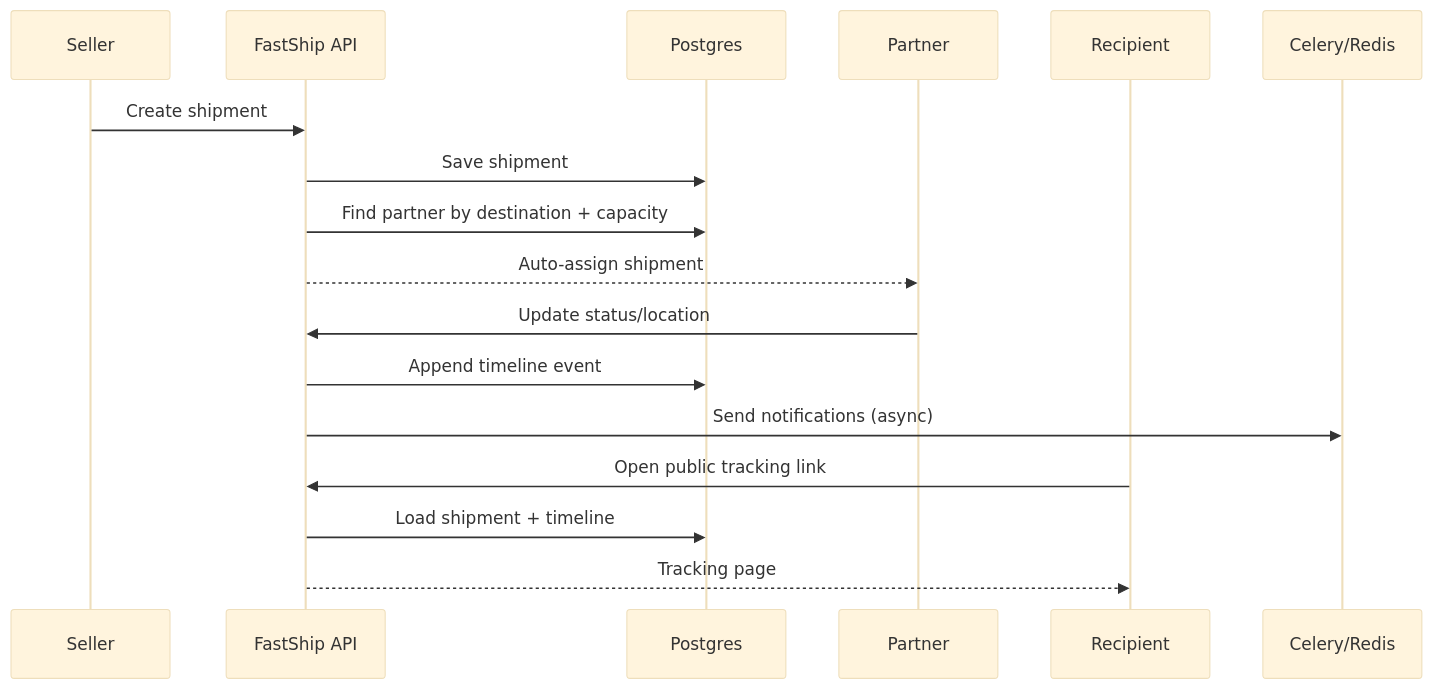
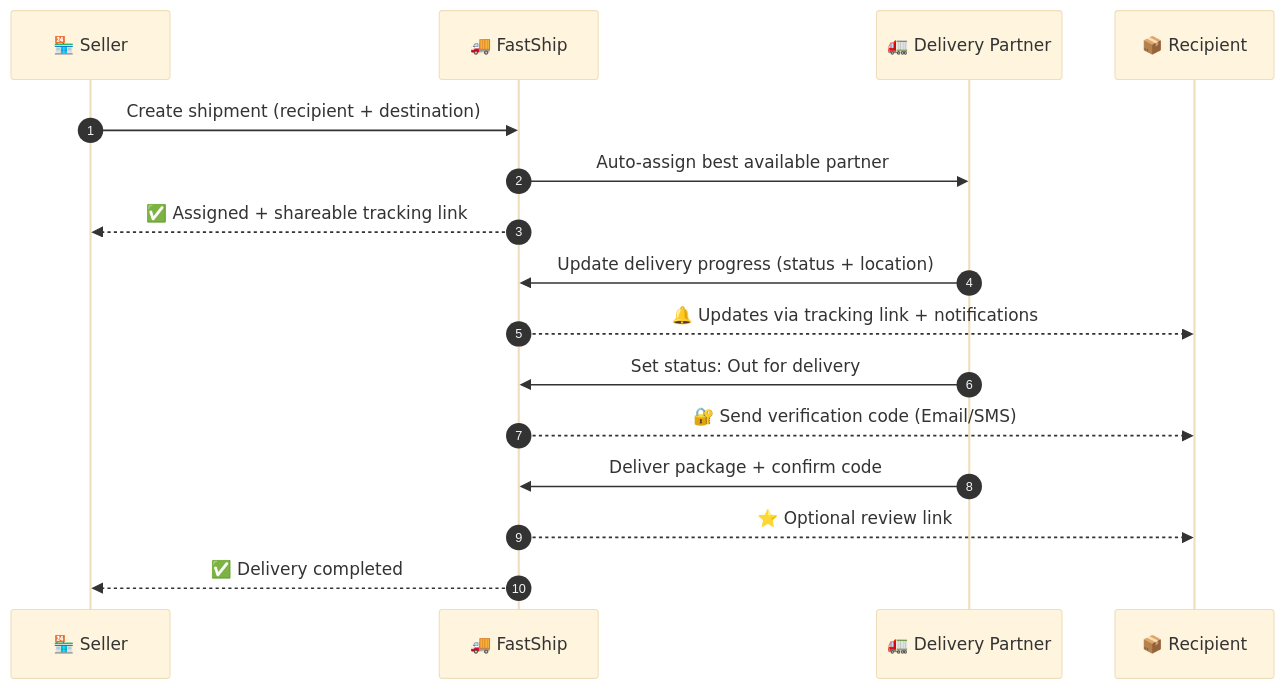
Before and after one commit to MikhailZakharov-dev/fast-ship: the second of 4 diagrams in README.md, drawn with Mermaid (base theme).

Commit message:
fixup! fixup! feat(readme md): documenation of the project

````diff
--- a/README.md
+++ b/README.md
@@ -40,22 +40,22 @@
 ```mermaid
 sequenceDiagram
-  participant S as Seller
-  participant API as FastShip API
-  participant DB as Postgres
-  participant P as Partner
-  participant R as Recipient
-  participant Q as Celery/Redis
+  autonumber
+  participant S as 🏪 Seller
+  participant F as 🚚 FastShip
+  participant P as 🚛 Delivery Partner
+  participant R as 📦 Recipient
 
-  S->>API: Create shipment
-  API->>DB: Save shipment
-  API->>DB: Find partner by destination + capacity
-  API-->>P: Auto-assign shipment
+  S->>F: Create shipment (recipient + destination)
+  F->>P: Auto-assign best available partner
+  F-->>S: ✅ Assigned + shareable tracking link
 
-  P->>API: Update status/location
-  API->>DB: Append timeline event
-  API->>Q: Send notifications (async)
+  P->>F: Update delivery progress (status + location)
+  F-->>R: 🔔 Updates via tracking link + notifications
 
-  R->>API: Open public tracking link
-  API->>DB: Load shipment + timeline
-  API-->>R: Tracking page
+  P->>F: Set status: Out for delivery
+  F-->>R: 🔐 Send verification code (Email/SMS)
+
+  P->>F: Deliver package + confirm code
+  F-->>R: ⭐ Optional review link
+  F-->>S: ✅ Delivery completed
 ```
````
